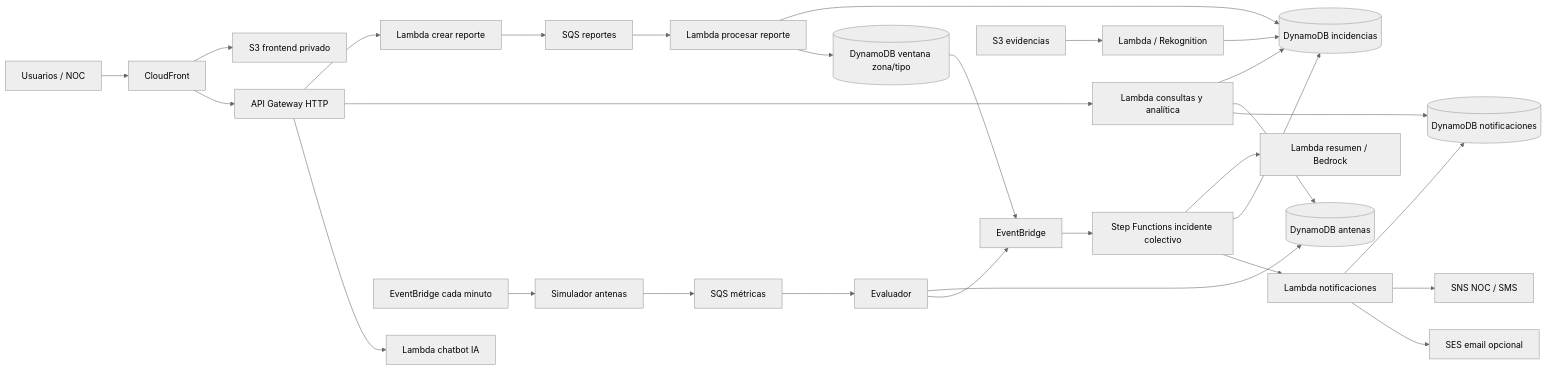
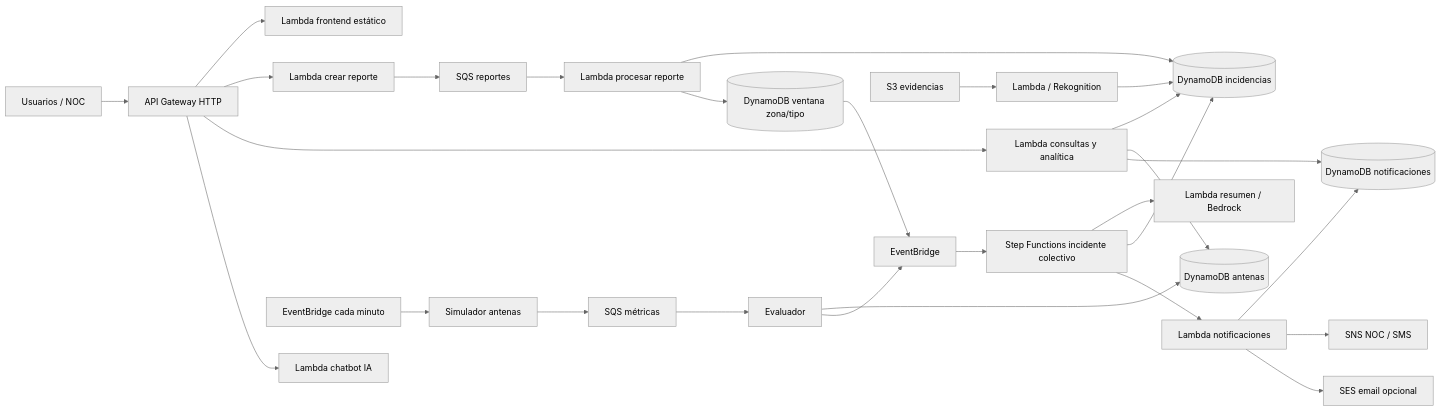
One commit to vvalentina-alvarez/hack-cloud changed the diagram in docs/arquitectura.md. Above: the diagram before and after it, drawn with Mermaid (neutral theme). The commit also changed 6 other files, not shown here.

````diff
--- a/docs/arquitectura.md
+++ b/docs/arquitectura.md
@@ -3,31 +3,30 @@
 ```mermaid
 flowchart LR
-  U[Usuarios / NOC] --> CF[CloudFront]
-  CF --> S3F[S3 frontend privado]
-  CF --> APIGW[API Gateway HTTP]
+  U[Usuarios / NOC] --> APIGW[API Gateway HTTP]
+  APIGW --> WEB[Lambda frontend estático]
   APIGW --> REPORT[Lambda crear reporte]
   APIGW --> ROUTER[Lambda consultas y analítica]
   APIGW --> CHAT[Lambda chatbot IA]
   REPORT --> QR[SQS reportes]
   QR --> PROCESS[Lambda procesar reporte]
   PROCESS --> DDB[(DynamoDB incidencias)]
   PROCESS --> ZONE[(DynamoDB ventana zona/tipo)]
   ZONE --> EB[EventBridge]
   EB --> SFN[Step Functions incidente colectivo]
   SFN --> AI[Lambda resumen / Bedrock]
   SFN --> DDB
   SFN --> NOTIFY[Lambda notificaciones]
   NOTIFY --> NT[(DynamoDB notificaciones)]
   NOTIFY --> SNS[SNS NOC / SMS]
   NOTIFY --> SES[SES email opcional]
   TIMER[EventBridge cada minuto] --> SIM[Simulador antenas]
   SIM --> QA[SQS métricas]
   QA --> EVAL[Evaluador]
   EVAL --> ANT[(DynamoDB antenas)]
   EVAL --> EB
   ROUTER --> DDB
   ROUTER --> ANT
   ROUTER --> NT
   UP[S3 evidencias] --> REKO[Lambda / Rekognition]
   REKO --> DDB
 ```
````
